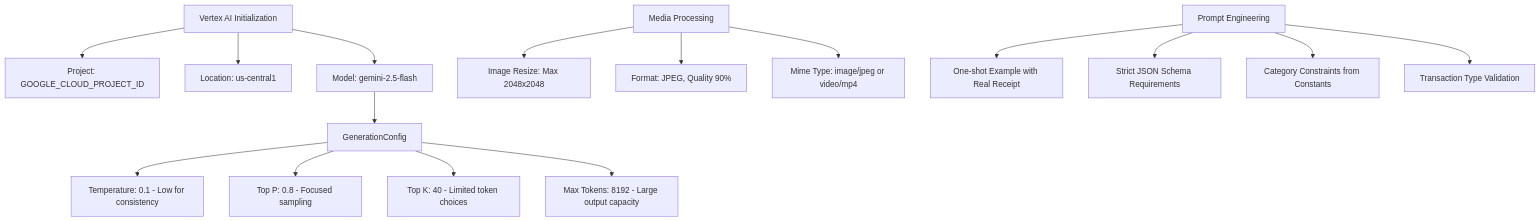
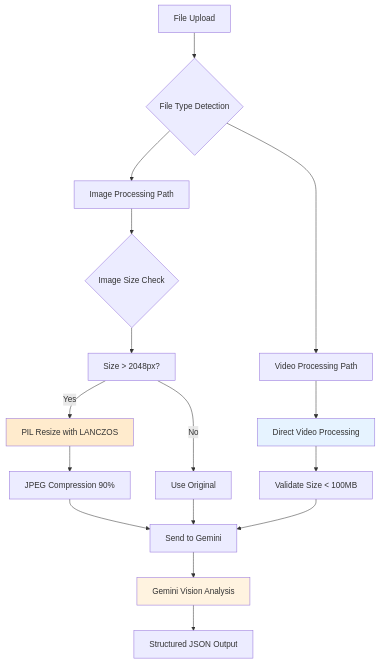
One commit to tsathya98/WalleteriumImperium changed the second of 3 diagrams in agents/receipt_scanner/README.md. Above: the diagram before and after it, drawn with Mermaid. The commit also changed other lines of this file and 7 other files, not shown here.

````diff
--- a/agents/receipt_scanner/README.md
+++ b/agents/receipt_scanner/README.md
@@ -741,21 +92,25 @@
 ```mermaid
 graph TD
-    A[Vertex AI Initialization] --> B[Project: GOOGLE_CLOUD_PROJECT_ID]
-    A --> C[Location: us-central1]
-    A --> D[Model: gemini-2.5-flash]
+    A[File Upload] --> B{File Type Detection}
+    B --> C[Image Processing Path]
+    B --> D[Video Processing Path]
     
-    D --> E[GenerationConfig]
-    E --> F[Temperature: 0.1 - Low for consistency]
-    E --> G[Top P: 0.8 - Focused sampling]
-    E --> H[Top K: 40 - Limited token choices]
-    E --> I[Max Tokens: 8192 - Large output capacity]
+    C --> E{Image Size Check}
+    E --> F[Size > 2048px?]
+    F -->|Yes| G[PIL Resize with LANCZOS]
+    F -->|No| H[Use Original]
+    G --> I[JPEG Compression 90%]
+    I --> J[Send to Gemini]
+    H --> J
     
-    J[Media Processing] --> K[Image Resize: Max 2048x2048]
-    J --> L[Format: JPEG, Quality 90%]
-    J --> M[Mime Type: image/jpeg or video/mp4]
+    D --> K[Direct Video Processing]
+    K --> L[Validate Size < 100MB]
+    L --> J
     
-    N[Prompt Engineering] --> O[One-shot Example with Real Receipt]
-    N --> P[Strict JSON Schema Requirements]
-    N --> Q[Category Constraints from Constants]
-    N --> R[Transaction Type Validation]
+    J --> M[Gemini Vision Analysis]
+    M --> N[Structured JSON Output]
+    
+    style G fill:#ffebcd
+    style K fill:#e6f3ff
+    style M fill:#fff3e0
 ```
````
